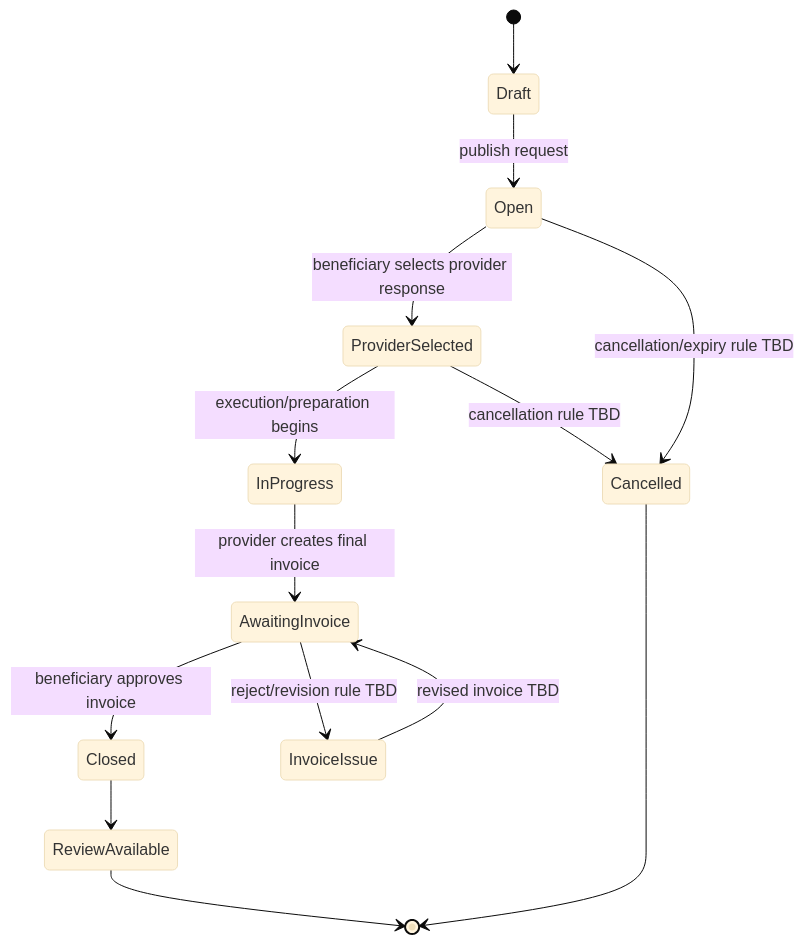
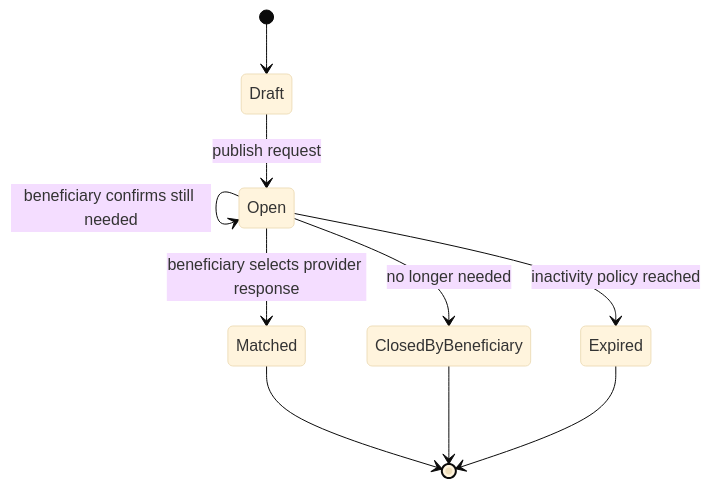
Before and after one commit to Yadd-SanaaUniversityGraduationProject/yadd: the first of 6 diagrams in docs/03-analysis/07-lifecycles.md, drawn with Mermaid (base theme). The commit also changed other lines of this file, not shown here.

Commit message:
analysis: revise request transaction invoice and rating lifecycles

````diff
--- a/docs/03-analysis/07-lifecycles.md
+++ b/docs/03-analysis/07-lifecycles.md
@@ -9,17 +9,12 @@
 ```mermaid
 stateDiagram-v2
     [*] --> Draft
     Draft --> Open: publish request
-    Open --> ProviderSelected: beneficiary selects provider response
-    ProviderSelected --> InProgress: execution/preparation begins
-    InProgress --> AwaitingInvoice: provider creates final invoice
-    AwaitingInvoice --> Closed: beneficiary approves invoice
-    Closed --> ReviewAvailable
-    ReviewAvailable --> [*]
-
-    Open --> Cancelled: cancellation/expiry rule TBD
-    ProviderSelected --> Cancelled: cancellation rule TBD
-    AwaitingInvoice --> InvoiceIssue: reject/revision rule TBD
-    InvoiceIssue --> AwaitingInvoice: revised invoice TBD
-    Cancelled --> [*]
+    Open --> Open: beneficiary confirms still needed
+    Open --> Matched: beneficiary selects provider response
+    Open --> ClosedByBeneficiary: no longer needed
+    Open --> Expired: inactivity policy reached
+    Matched --> [*]
+    ClosedByBeneficiary --> [*]
+    Expired --> [*]
 ```
````
